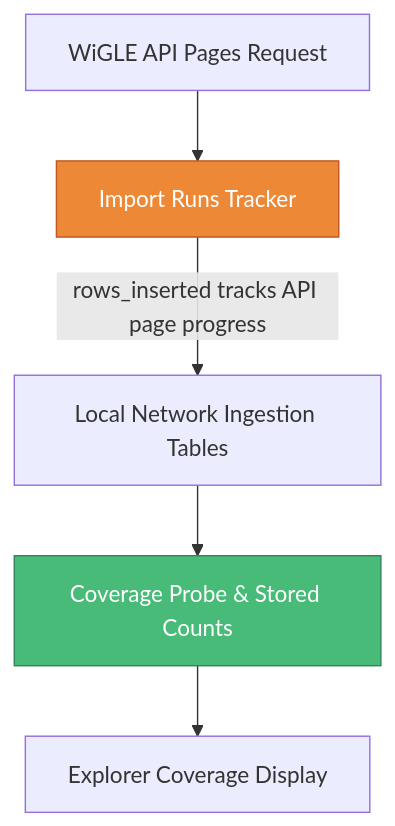
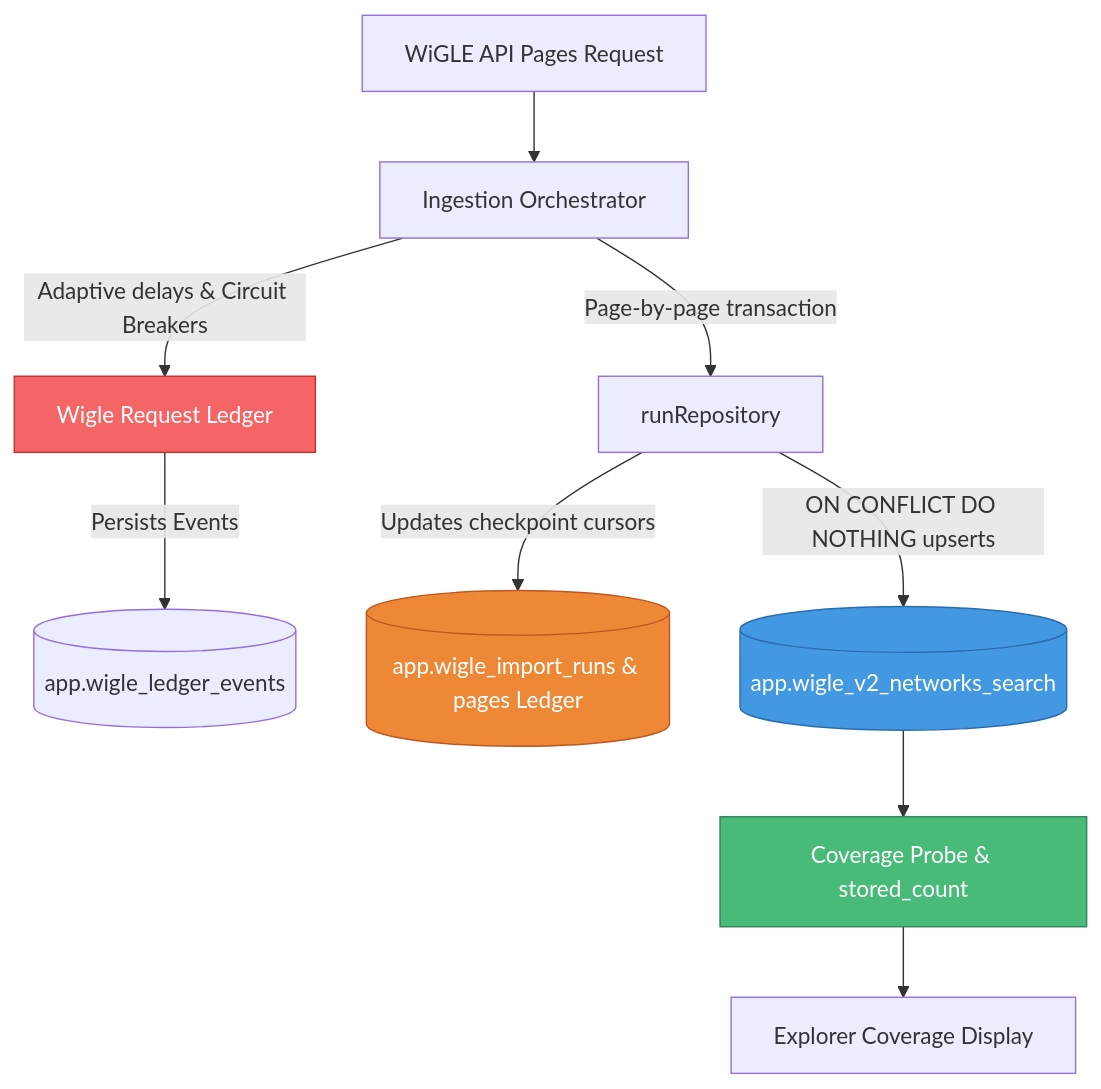
One commit to cyclonite69/shadowcheck-static changed diagram 14 of 15 in .github/wiki/Data-Flow.md. Above: the diagram before and after it, drawn with Mermaid. The commit also changed 10 other files, not shown here.

Commit message:
docs(wigle): document import ledger, resume flow, and rate-limit safety

````diff
--- a/.github/wiki/Data-Flow.md
+++ b/.github/wiki/Data-Flow.md
@@ -499,10 +499,16 @@
 ```mermaid
 flowchart TD
-    A[WiGLE API Pages Request] --> B[Import Runs Tracker]
-    B -->|rows_inserted tracks API page progress| C[Local Network Ingestion Tables]
-    C --> D[Coverage Probe & Stored Counts]
-    D --> E[Explorer Coverage Display]
+    A[WiGLE API Pages Request] --> B[Ingestion Orchestrator]
+    B -->|Adaptive delays & Circuit Breakers| C[Wigle Request Ledger]
+    C -->|Persists Events| D[(app.wigle_ledger_events)]
+    B -->|Page-by-page transaction| E[runRepository]
+    E -->|Updates checkpoint cursors| F[(app.wigle_import_runs & pages Ledger)]
+    E -->|ON CONFLICT DO NOTHING upserts| G[(app.wigle_v2_networks_search)]
+    G --> H[Coverage Probe & stored_count]
+    H --> I[Explorer Coverage Display]
 
-    style B fill:#ed8936,stroke:#c05621,color:#fff
-    style D fill:#48bb78,stroke:#2f855a,color:#fff
+    style C fill:#f56565,stroke:#c53030,color:#fff
+    style F fill:#ed8936,stroke:#c05621,color:#fff
+    style G fill:#4299e1,stroke:#2b6cb0,color:#fff
+    style H fill:#48bb78,stroke:#2f855a,color:#fff
 ```
````
